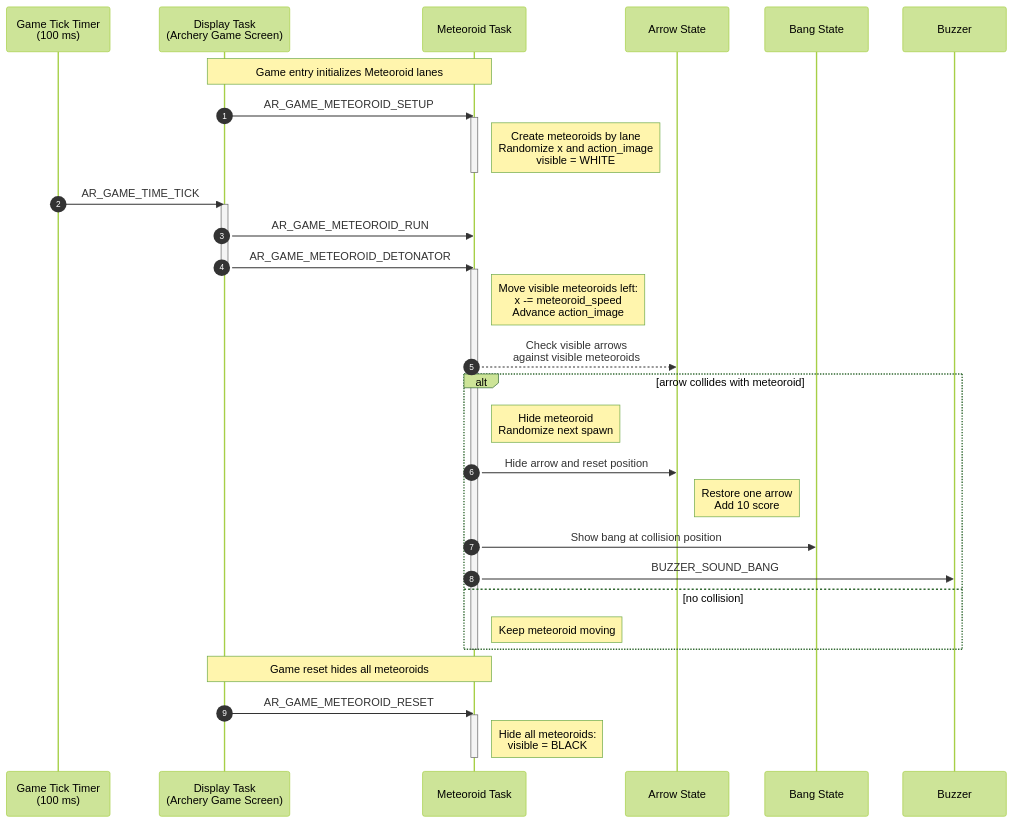
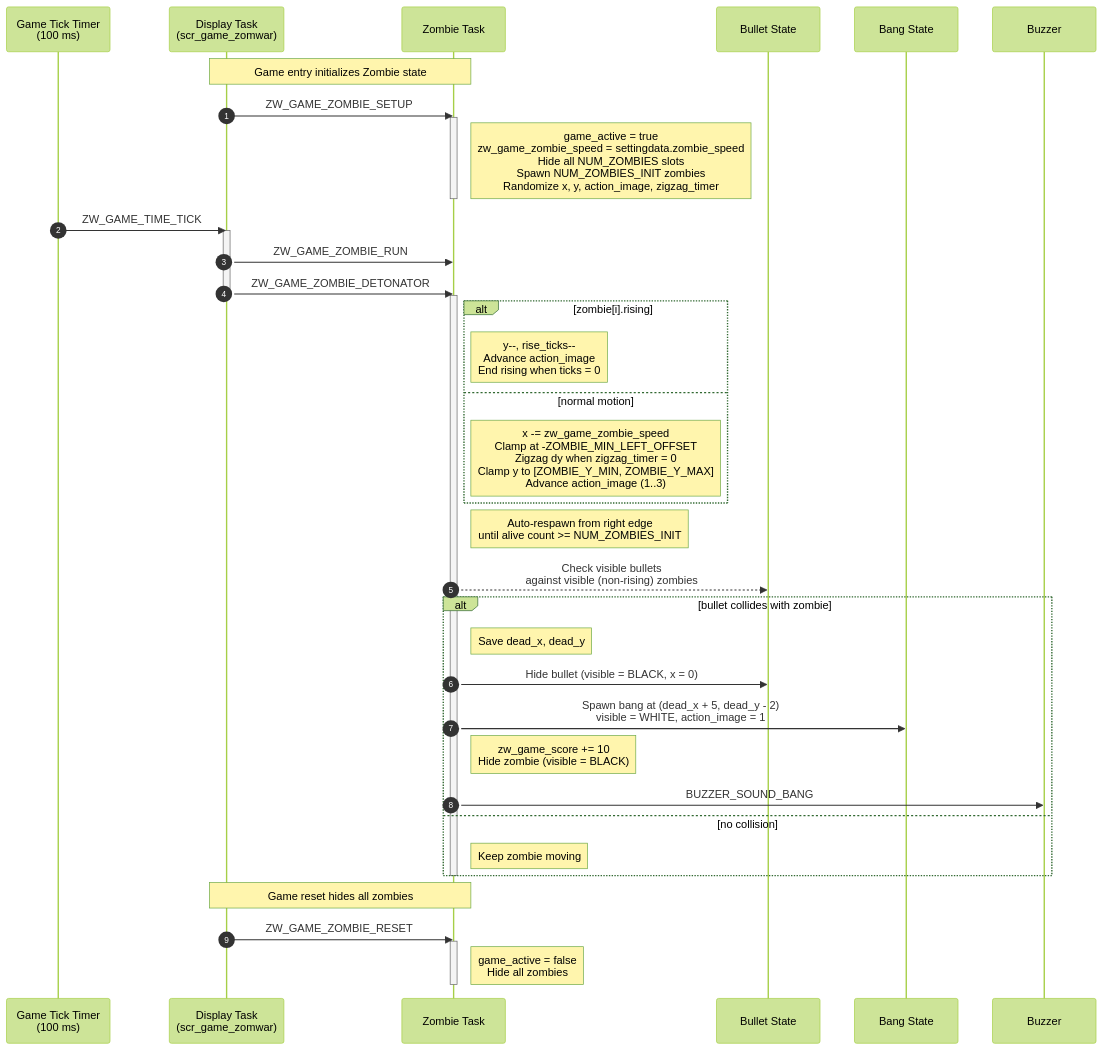
One commit to caotrongphuoc/mini-clock changed the third of 7 diagrams in docs/zw_game_object_sequence.md. Above: the diagram before and after it, drawn with Mermaid (forest theme). The commit also changed other lines of this file, not shown here.

Commit message:
[UPDATE] zw_game_object_sequence

````diff
--- a/docs/zw_game_object_sequence.md
+++ b/docs/zw_game_object_sequence.md
@@ -133,45 +136,51 @@
 ```mermaid
 sequenceDiagram
     autonumber
     participant Timer as Game Tick Timer<br/>(100 ms)
-    participant Screen as Display Task<br/>(Archery Game Screen)
-    participant Meteoroid as Meteoroid Task
-    participant Arrow as Arrow State
+    participant Screen as Display Task<br/>(scr_game_zomwar)
+    participant Zombie as Zombie Task
+    participant Bullet as Bullet State
     participant Bang as Bang State
     participant Buzzer as Buzzer
 
-    Note over Screen,Meteoroid: Game entry initializes Meteoroid lanes
+    Note over Screen,Zombie: Game entry initializes Zombie state
 
-    Screen->>Meteoroid: AR_GAME_METEOROID_SETUP
-    activate Meteoroid
-    Note right of Meteoroid: Create meteoroids by lane<br/>Randomize x and action_image<br/>visible = WHITE
-    deactivate Meteoroid
+    Screen->>Zombie: ZW_GAME_ZOMBIE_SETUP
+    activate Zombie
+    Note right of Zombie: game_active = true<br/>zw_game_zombie_speed = settingdata.zombie_speed<br/>Hide all NUM_ZOMBIES slots<br/>Spawn NUM_ZOMBIES_INIT zombies<br/>Randomize x, y, action_image, zigzag_timer
+    deactivate Zombie
 
-    Timer->>Screen: AR_GAME_TIME_TICK
+    Timer->>Screen: ZW_GAME_TIME_TICK
     activate Screen
-    Screen->>Meteoroid: AR_GAME_METEOROID_RUN
-    Screen->>Meteoroid: AR_GAME_METEOROID_DETONATOR
+    Screen->>Zombie: ZW_GAME_ZOMBIE_RUN
+    Screen->>Zombie: ZW_GAME_ZOMBIE_DETONATOR
     deactivate Screen
 
-    activate Meteoroid
-    Note right of Meteoroid: Move visible meteoroids left:<br/>x -= meteoroid_speed<br/>Advance action_image
-    Meteoroid-->>Arrow: Check visible arrows<br/>against visible meteoroids
+    activate Zombie
+    alt zombie[i].rising
+        Note right of Zombie: y--, rise_ticks--<br/>Advance action_image<br/>End rising when ticks = 0
+    else normal motion
+        Note right of Zombie: x -= zw_game_zombie_speed<br/>Clamp at -ZOMBIE_MIN_LEFT_OFFSET<br/>Zigzag dy when zigzag_timer = 0<br/>Clamp y to [ZOMBIE_Y_MIN, ZOMBIE_Y_MAX]<br/>Advance action_image (1..3)
+    end
+    Note right of Zombie: Auto-respawn from right edge<br/>until alive count >= NUM_ZOMBIES_INIT
 
-    alt arrow collides with meteoroid
-        Note right of Meteoroid: Hide meteoroid<br/>Randomize next spawn
-        Meteoroid->>Arrow: Hide arrow and reset position
-        Note right of Arrow:Restore one arrow<br/>Add 10 score
-        Meteoroid->>Bang: Show bang at collision position
-        Meteoroid->>Buzzer: BUZZER_SOUND_BANG
+    Zombie-->>Bullet: Check visible bullets<br/>against visible (non-rising) zombies
+
+    alt bullet collides with zombie
+        Note right of Zombie: Save dead_x, dead_y
+        Zombie->>Bullet: Hide bullet (visible = BLACK, x = 0)
+        Zombie->>Bang: Spawn bang at (dead_x + 5, dead_y - 2)<br/>visible = WHITE, action_image = 1
+        Note right of Zombie: zw_game_score += 10<br/>Hide zombie (visible = BLACK)
+        Zombie->>Buzzer: BUZZER_SOUND_BANG
     else no collision
-        Note right of Meteoroid: Keep meteoroid moving
+        Note right of Zombie: Keep zombie moving
     end
-    deactivate Meteoroid
+    deactivate Zombie
 
-    Note over Screen,Meteoroid: Game reset hides all meteoroids
+    Note over Screen,Zombie: Game reset hides all zombies
 
-    Screen->>Meteoroid: AR_GAME_METEOROID_RESET
-    activate Meteoroid
-    Note right of Meteoroid: Hide all meteoroids:<br/>visible = BLACK
-    deactivate Meteoroid
+    Screen->>Zombie: ZW_GAME_ZOMBIE_RESET
+    activate Zombie
+    Note right of Zombie: game_active = false<br/>Hide all zombies
+    deactivate Zombie
 ```
````
